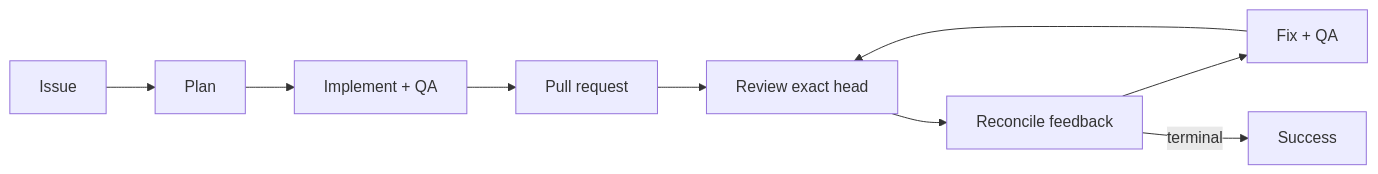
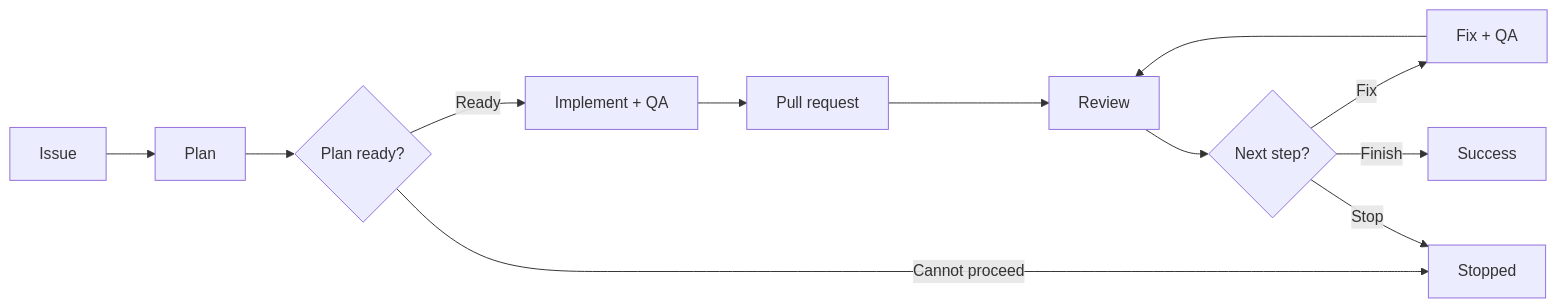
The diagram in README.md (dceoy/pr-loop), drawn with Mermaid before and after one commit.

Commit message:
docs: clarify review feedback decision flow (#6)
* docs: clarify planning and review flow

* docs: make blocked planning fail closed

* docs: simplify workflow overview

* docs: clarify unrecoverable planning stop

````diff
--- a/README.md
+++ b/README.md
@@ -11,7 +11,12 @@
 ```mermaid
 flowchart LR
-  I[Issue] --> P[Plan] --> M[Implement + QA] --> PR[Pull request]
-  PR --> R[Review exact head] --> F[Reconcile feedback] --> X[Fix + QA]
+  I[Issue] --> P[Plan] --> Q{Plan ready?}
+  Q -->|Ready| M[Implement + QA] --> PR[Pull request]
+  Q -->|Cannot proceed| T[Stopped]
+
+  PR --> R[Review] --> N{Next step?}
+  N -->|Fix| X[Fix + QA]
   X --> R
-  F -->|terminal| S[Success]
+  N -->|Stop| T
+  N -->|Finish| S[Success]
 ```
````
